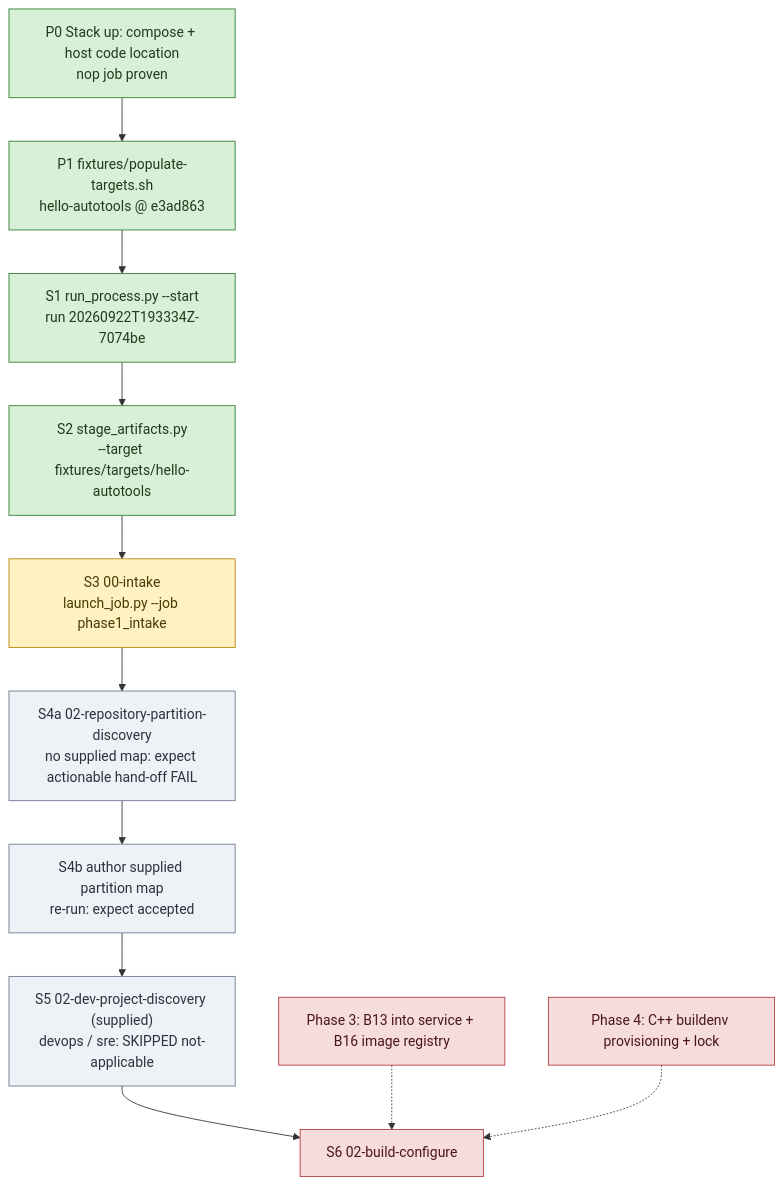
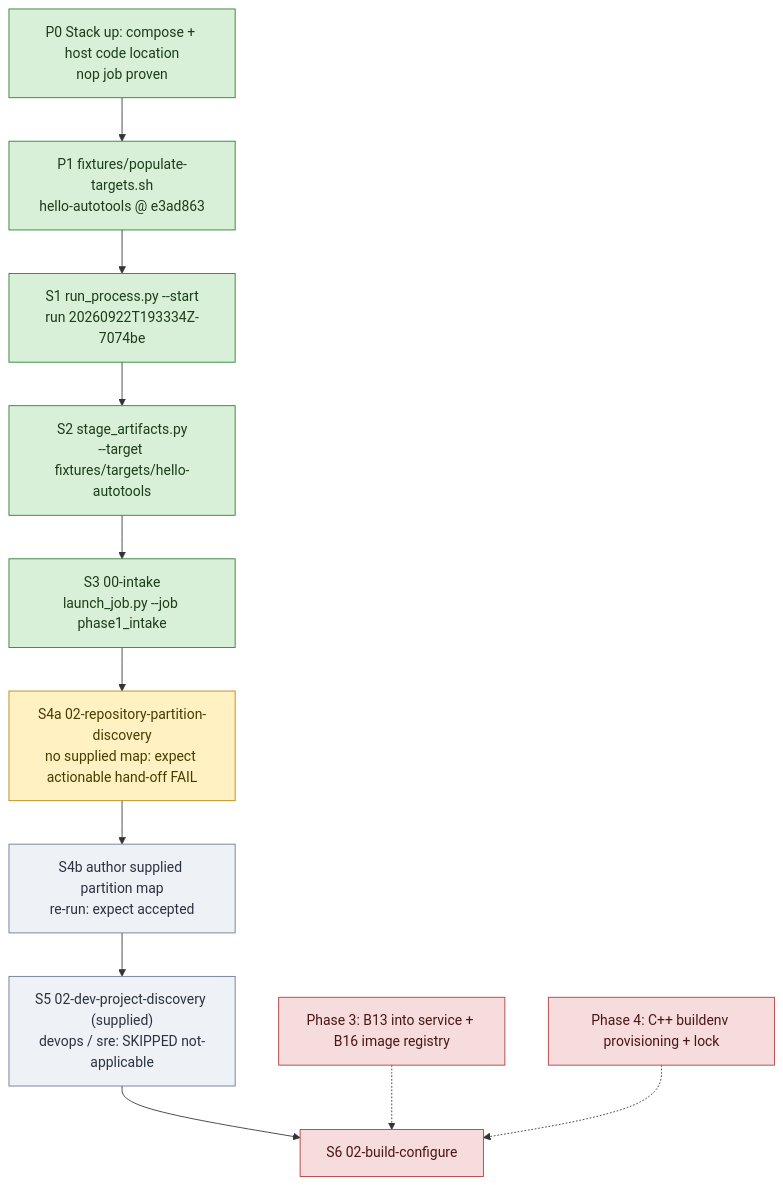
One commit to wsollers/appsec-review changed the diagram in docs/processes/flow-bringup.md. Above: the diagram before and after it, drawn with Mermaid. The commit also changed other lines of this file, not shown here.

First line of the commit message:
Flow bring-up: S3 intake SUCCESS from the host code location; S4a next

````diff
--- a/docs/processes/flow-bringup.md
+++ b/docs/processes/flow-bringup.md
@@ -12,23 +12,23 @@
 ```mermaid
 flowchart TD
   P0["P0 Stack up: compose + host code location<br/>nop job proven"]:::done
   P1["P1 fixtures/populate-targets.sh<br/>hello-autotools @ e3ad863"]:::done
   S1["S1 run_process.py --start<br/>run 20260922T193334Z-7074be"]:::done
   S2["S2 stage_artifacts.py<br/>--target fixtures/targets/hello-autotools"]:::done
-  S3["S3 00-intake<br/>launch_job.py --job phase1_intake"]:::next
-  S4a["S4a 02-repository-partition-discovery<br/>no supplied map: expect actionable hand-off FAIL"]:::todo
+  S3["S3 00-intake<br/>launch_job.py --job phase1_intake"]:::done
+  S4a["S4a 02-repository-partition-discovery<br/>no supplied map: expect actionable hand-off FAIL"]:::next
   S4b["S4b author supplied partition map<br/>re-run: expect accepted"]:::todo
   S5["S5 02-dev-project-discovery (supplied)<br/>devops / sre: SKIPPED not-applicable"]:::todo
   S6["S6 02-build-configure"]:::blocked
   B13["Phase 3: B13 into service + B16 image registry"]:::blocked
   BE["Phase 4: C++ buildenv provisioning + lock"]:::blocked
 
   P0 --> P1 --> S1 --> S2 --> S3 --> S4a --> S4b --> S5 --> S6
   B13 -.-> S6
   BE -.-> S6
 
   classDef done fill:#d8f0d8,stroke:#2e7d32,color:#1b3d1b
   classDef next fill:#fff1c2,stroke:#b8860b,color:#4a3a00
   classDef todo fill:#eef1f5,stroke:#6b7a90,color:#2a3240
   classDef blocked fill:#f6dcdc,stroke:#b23b3b,color:#4a1515
 ```
````
